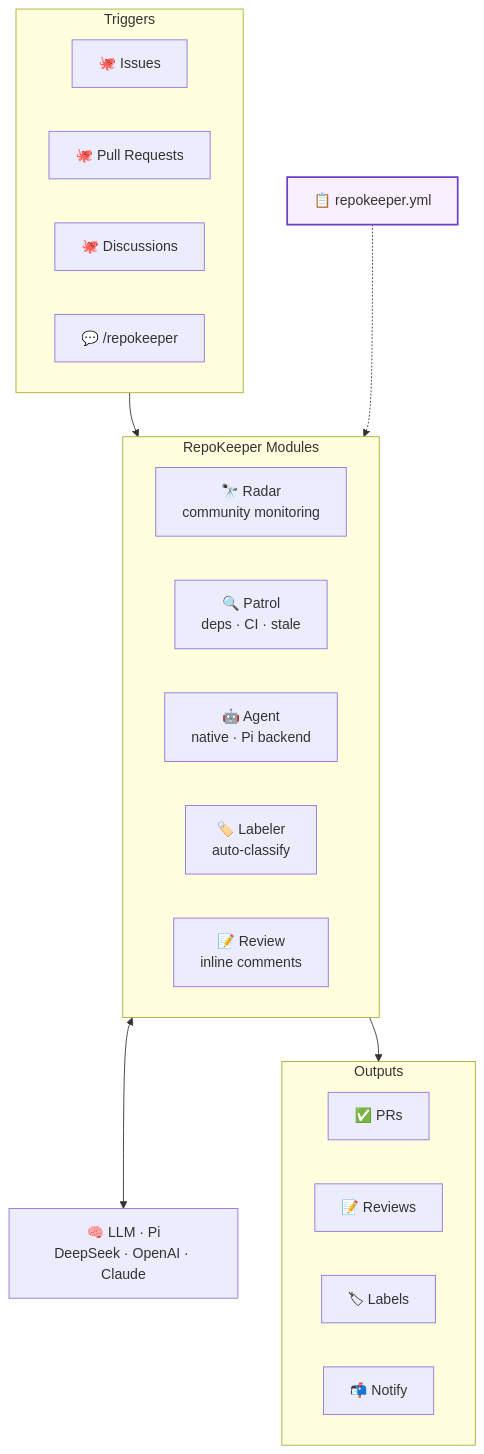
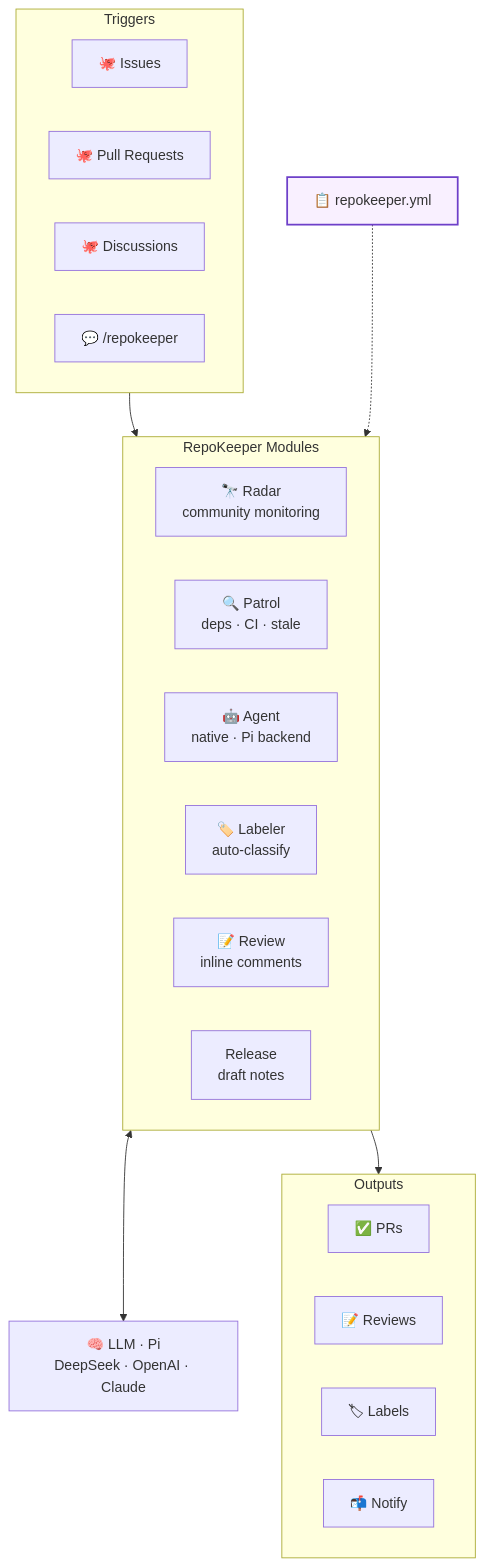
One commit to shenxianpeng/repokeeper changed the diagram in README.md. Above: the diagram before and after it, drawn with Mermaid. The commit also changed other lines of this file and 16 other files, not shown here.

Commit message:
Add AI draft release notes module

````diff
--- a/README.md
+++ b/README.md
@@ -66,38 +68,39 @@
 ```mermaid
 flowchart TD
     subgraph T["Triggers"]
         direction LR
         issues["🐙 Issues"]
         prs["🐙 Pull Requests"]
         disc["🐙 Discussions"]
         cmd["💬 /repokeeper"]
     end
 
     T --> M
 
     subgraph M["RepoKeeper Modules"]
         direction LR
         radar["🔭 Radar<br/>community monitoring"]
         patrol["🔍 Patrol<br/>deps · CI · stale"]
         agent["🤖 Agent<br/>native · Pi backend"]
         labeler["🏷️ Labeler<br/>auto-classify"]
         review["📝 Review<br/>inline comments"]
+        release["Release<br/>draft notes"]
     end
 
     profile["📋 repokeeper.yml"]:::config
     profile -.-> M
 
     M <--> llm["🧠 LLM · Pi<br/>DeepSeek · OpenAI · Claude"]
 
     subgraph O["Outputs"]
         direction LR
         pr["✅ PRs"]
         rev["📝 Reviews"]
         lbl["🏷 Labels"]
         notify["📬 Notify"]
     end
 
     M --> O
 
     classDef config fill:#f9f0ff,stroke:#6e40c9,stroke-width:2px
 ```
````
